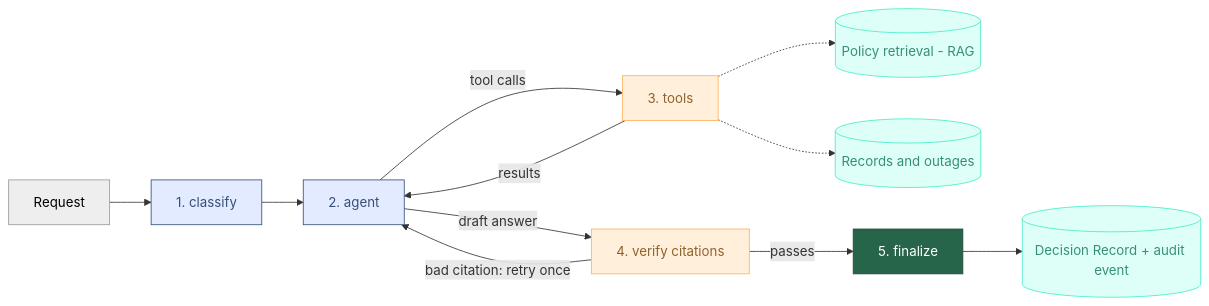
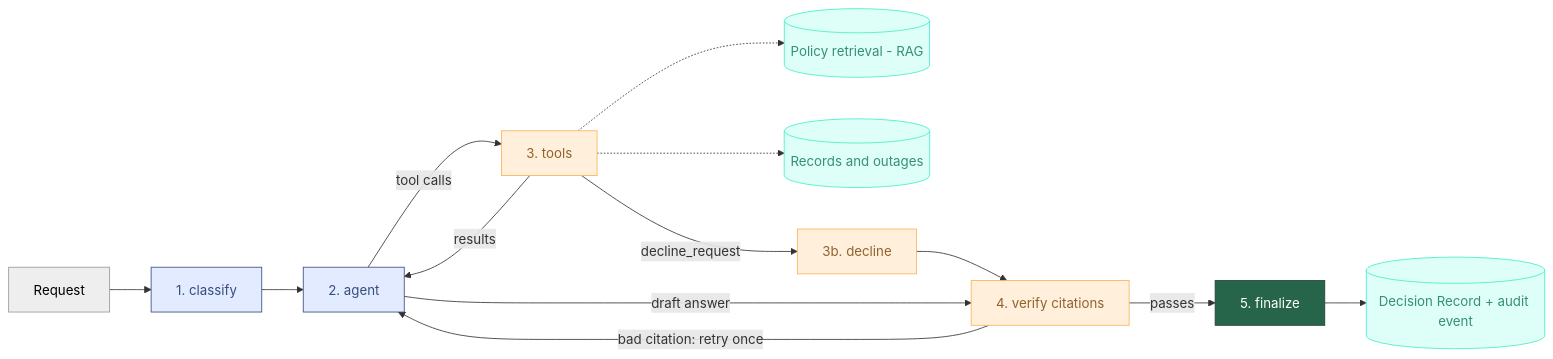
One commit to mgetech/internal-support-agent changed the diagram in docs/architecture.md. Above: the diagram before and after it, drawn with Mermaid. The commit also changed other lines of this file and 20 other files, not shown here.

````diff
--- a/docs/architecture.md
+++ b/docs/architecture.md
@@ -8,28 +8,31 @@
 ```mermaid
 flowchart LR
     A["Request"] --> B["1. classify"]
     B --> C["2. agent"]
     C -- tool calls --> T["3. tools"]
     T -- results --> C
     T -.-> K[("Policy retrieval - RAG")] & H[("Records and outages")]
+    T -- decline_request --> R["3b. decline"]
+    R --> V
     C -- draft answer --> V["4. verify citations"]
     V -- bad citation: retry once --> C
     V -- passes --> F["5. finalize"]
     F --> D[("Decision Record + audit event")]
 
      A:::Ash
      B:::Sky
      C:::Sky
      T:::Peach
      K:::Aqua
      H:::Aqua
+     R:::Peach
      V:::Peach
      F:::Pine
      D:::Aqua
     classDef Aqua stroke-width:1px, stroke-dasharray:none, stroke:#46EDC8, fill:#DEFFF8, color:#378E7A
     classDef Sky stroke-width:1px, stroke-dasharray:none, stroke:#374D7C, fill:#E2EBFF, color:#374D7C
     classDef Rose stroke-width:1px, stroke-dasharray:none, stroke:#FF5978, fill:#FFDFE5, color:#8E2236
     classDef Pine stroke-width:1px, stroke-dasharray:none, stroke:#254336, fill:#27654A, color:#FFFFFF
     classDef Peach stroke-width:1px, stroke-dasharray:none, stroke:#FBB35A, fill:#FFEFDB, color:#8F632D
     classDef Ash stroke-width:1px, stroke-dasharray:none, stroke:#999999, fill:#EEEEEE, color:#000000
 ```
````
